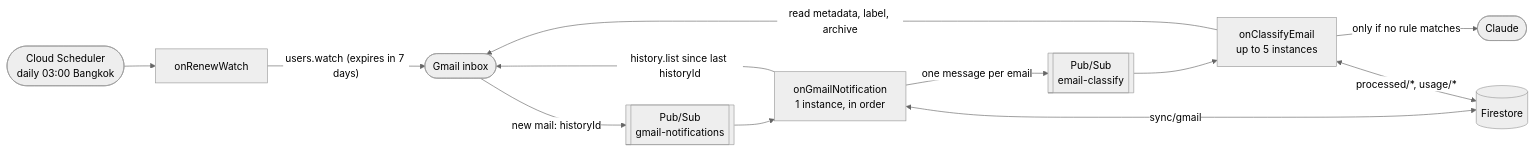
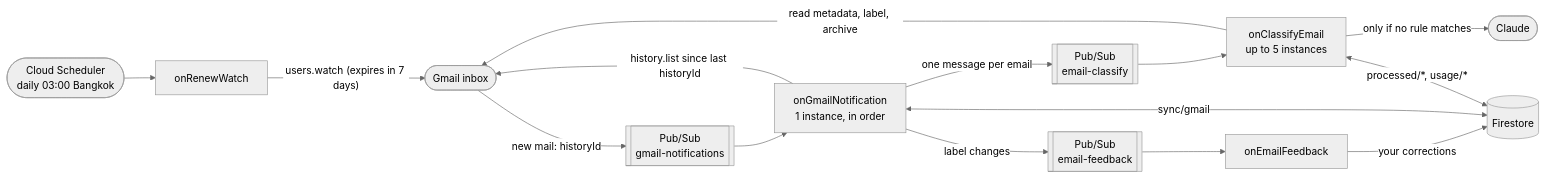
Before and after one commit to peeranat-dan/email-classifier: the first of 2 diagrams in README.md, drawn with Mermaid (neutral theme). The commit also changed other lines of this file and 15 other files, not shown here.

````diff
--- a/README.md
+++ b/README.md
@@ -11,24 +11,29 @@
 ```mermaid
 flowchart LR
     Gmail([Gmail inbox])
     Scheduler([Cloud Scheduler<br/>daily 03:00 Bangkok])
     T1[[Pub/Sub<br/>gmail-notifications]]
     T2[[Pub/Sub<br/>email-classify]]
     F1[onGmailNotification<br/>1 instance, in order]
     F2[onClassifyEmail<br/>up to 5 instances]
     F3[onRenewWatch]
+    T3[[Pub/Sub<br/>email-feedback]]
+    F4[onEmailFeedback]
     DB[(Firestore)]
     LLM([Claude])
 
     Scheduler --> F3
     F3 -- "users.watch (expires in 7 days)" --> Gmail
     Gmail -- "new mail: historyId" --> T1
     T1 --> F1
     F1 -- "history.list since last historyId" --> Gmail
     F1 -- "one message per email" --> T2
+    F1 -- "label changes" --> T3
+    T3 --> F4
+    F4 -- "your corrections" --> DB
     F1 <-- "sync/gmail" --> DB
     T2 --> F2
     F2 -- "read metadata, label, archive" --> Gmail
     F2 -- "only if no rule matches" --> LLM
     F2 <-- "processed/*, usage/*" --> DB
 ```
````
